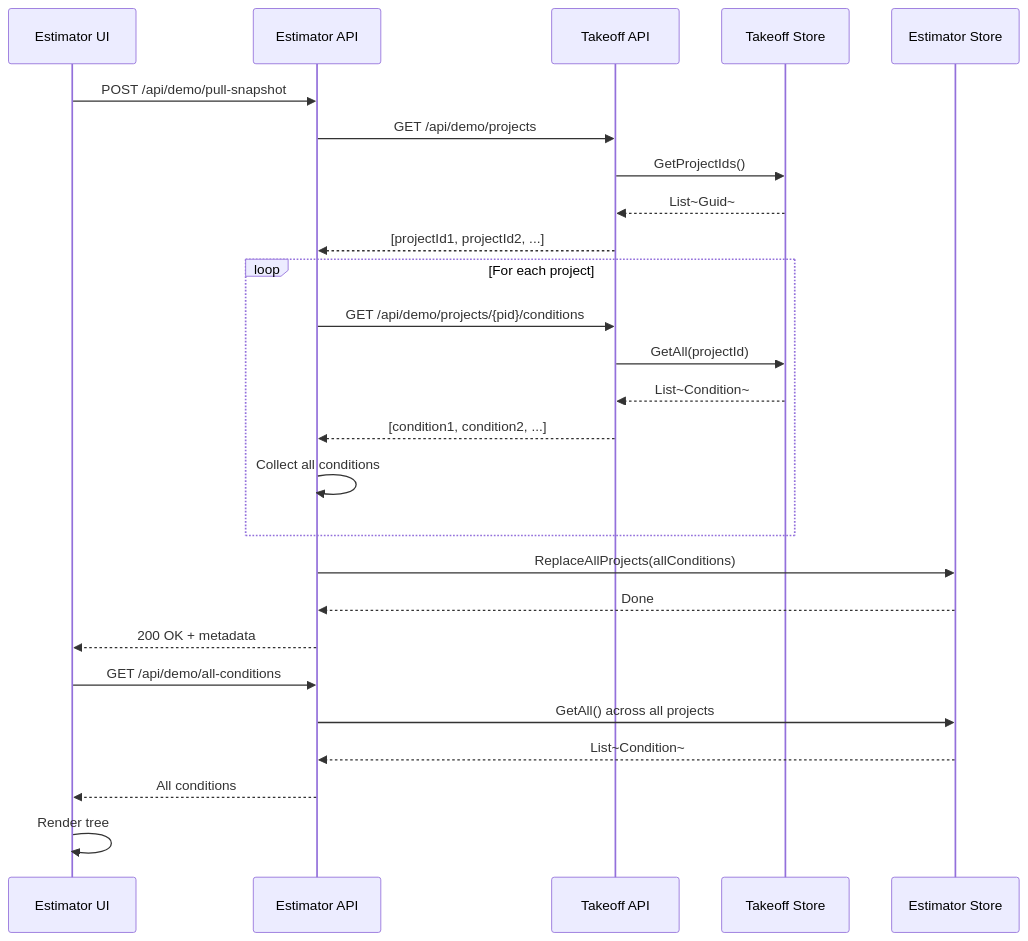
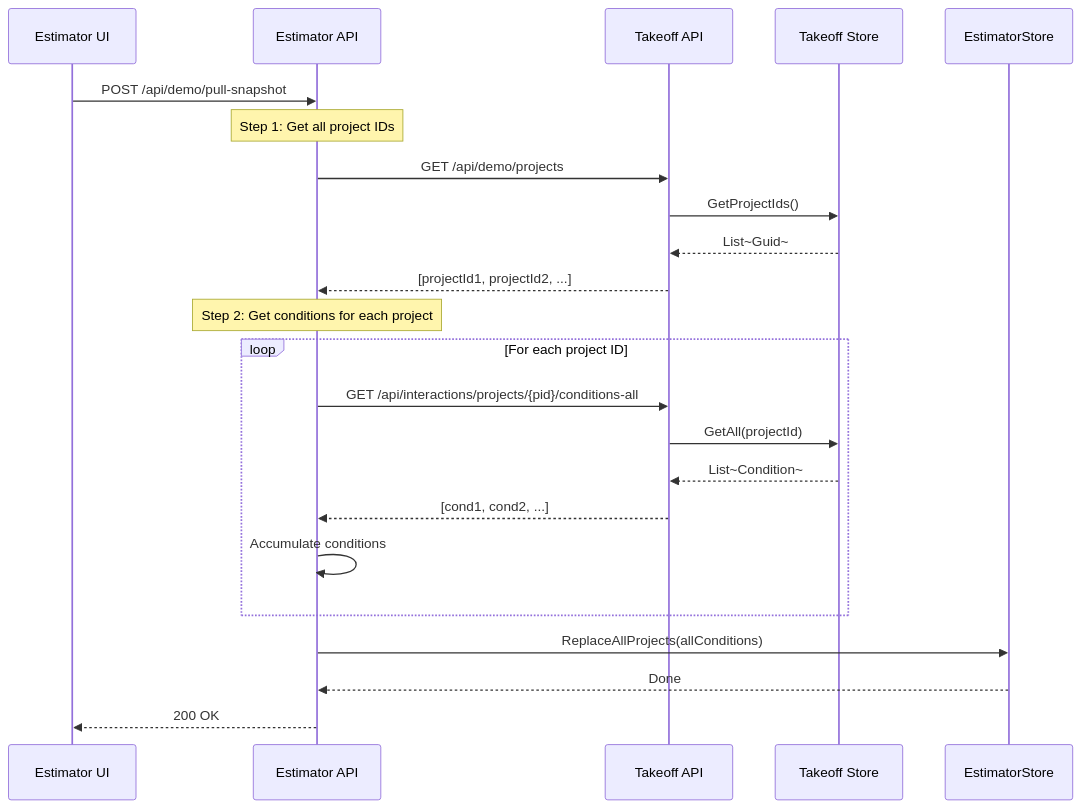
One commit to pkarabut-bw/embedded-integration changed the fourth of 8 diagrams in docs/contract-diagrams.md. Above: the diagram before and after it, drawn with Mermaid. The commit also changed other lines of this file and 1 other file, not shown here.

````diff
--- a/docs/contract-diagrams.md
+++ b/docs/contract-diagrams.md
@@ -242,32 +108,28 @@
 ```mermaid
 sequenceDiagram
-    participant Estimator UI
-    participant Estimator API
-    participant Takeoff API
-    participant Takeoff Store
+    participant EstimatorUI as Estimator UI
+    participant EstimatorAPI as Estimator API
+    participant TakeoffAPI as Takeoff API
+    participant TakeoffStore as Takeoff Store
     
-    Estimator UI->>Estimator API: POST /api/demo/pull-snapshot
+    EstimatorUI->>EstimatorAPI: POST /api/demo/pull-snapshot
     
-    Estimator API->>Takeoff API: GET /api/demo/projects
-    Takeoff API->>Takeoff Store: GetProjectIds()
-    Takeoff Store-->>Takeoff API: List~Guid~
-    Takeoff API-->>Estimator API: [projectId1, projectId2, ...]
+    Note over EstimatorAPI: Step 1: Get all project IDs
+    EstimatorAPI->>TakeoffAPI: GET /api/demo/projects
+    TakeoffAPI->>TakeoffStore: GetProjectIds()
+    TakeoffStore-->>TakeoffAPI: List~Guid~
+    TakeoffAPI-->>EstimatorAPI: [projectId1, projectId2, ...]
     
-    loop For each project
-        Estimator API->>Takeoff API: GET /api/demo/projects/{pid}/conditions
-        Takeoff API->>Takeoff Store: GetAll(projectId)
-        Takeoff Store-->>Takeoff API: List~Condition~
-        Takeoff API-->>Estimator API: [condition1, condition2, ...]
-        Estimator API->>Estimator API: Collect all conditions
+    Note over EstimatorAPI: Step 2: Get conditions for each project
+    loop For each project ID
+        EstimatorAPI->>TakeoffAPI: GET /api/interactions/projects/{pid}/conditions-all
+        TakeoffAPI->>TakeoffStore: GetAll(projectId)
+        TakeoffStore-->>TakeoffAPI: List~Condition~
+        TakeoffAPI-->>EstimatorAPI: [cond1, cond2, ...]
+        EstimatorAPI->>EstimatorAPI: Accumulate conditions
     end
     
-    Estimator API->>Estimator Store: ReplaceAllProjects(allConditions)
-    Estimator Store-->>Estimator API: Done
-    Estimator API-->>Estimator UI: 200 OK + metadata
-    
-    Estimator UI->>Estimator API: GET /api/demo/all-conditions
-    Estimator API->>Estimator Store: GetAll() across all projects
-    Estimator Store-->>Estimator API: List~Condition~
-    Estimator API-->>Estimator UI: All conditions
-    Estimator UI->>Estimator UI: Render tree
+    EstimatorAPI->>EstimatorStore: ReplaceAllProjects(allConditions)
+    EstimatorStore-->>EstimatorAPI: Done
+    EstimatorAPI-->>EstimatorUI: 200 OK
 ```
````
